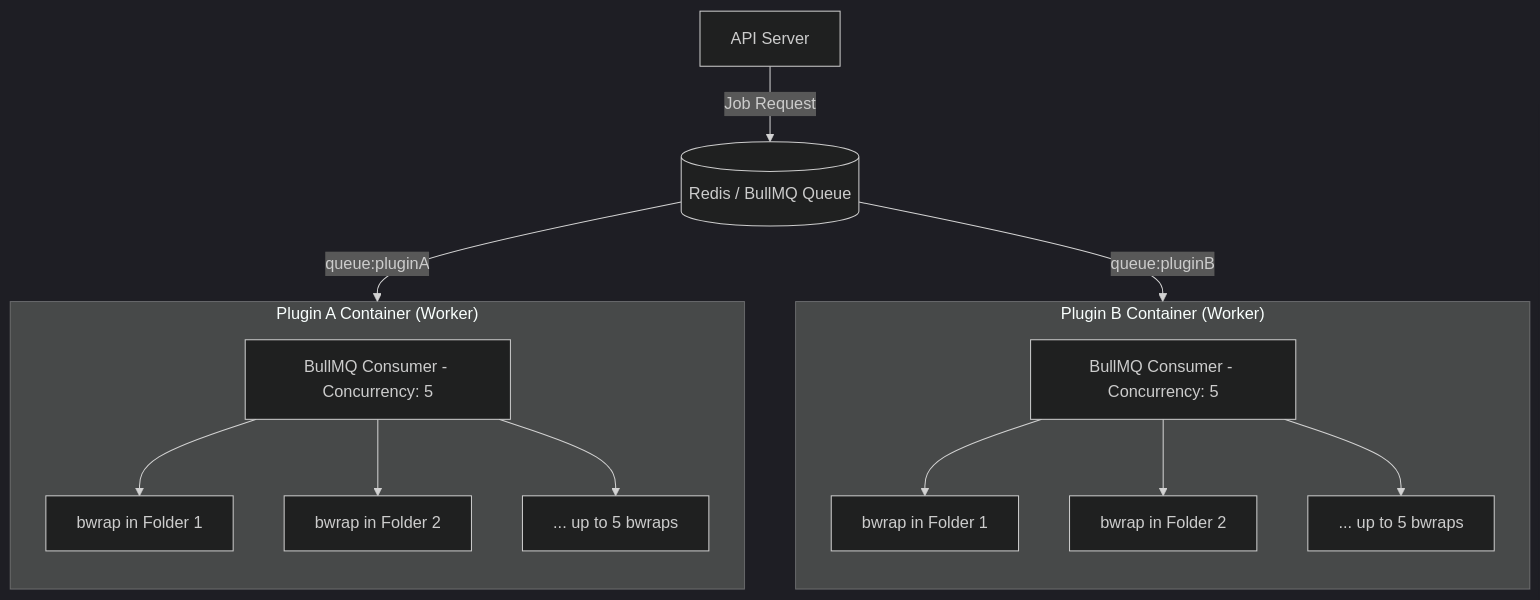
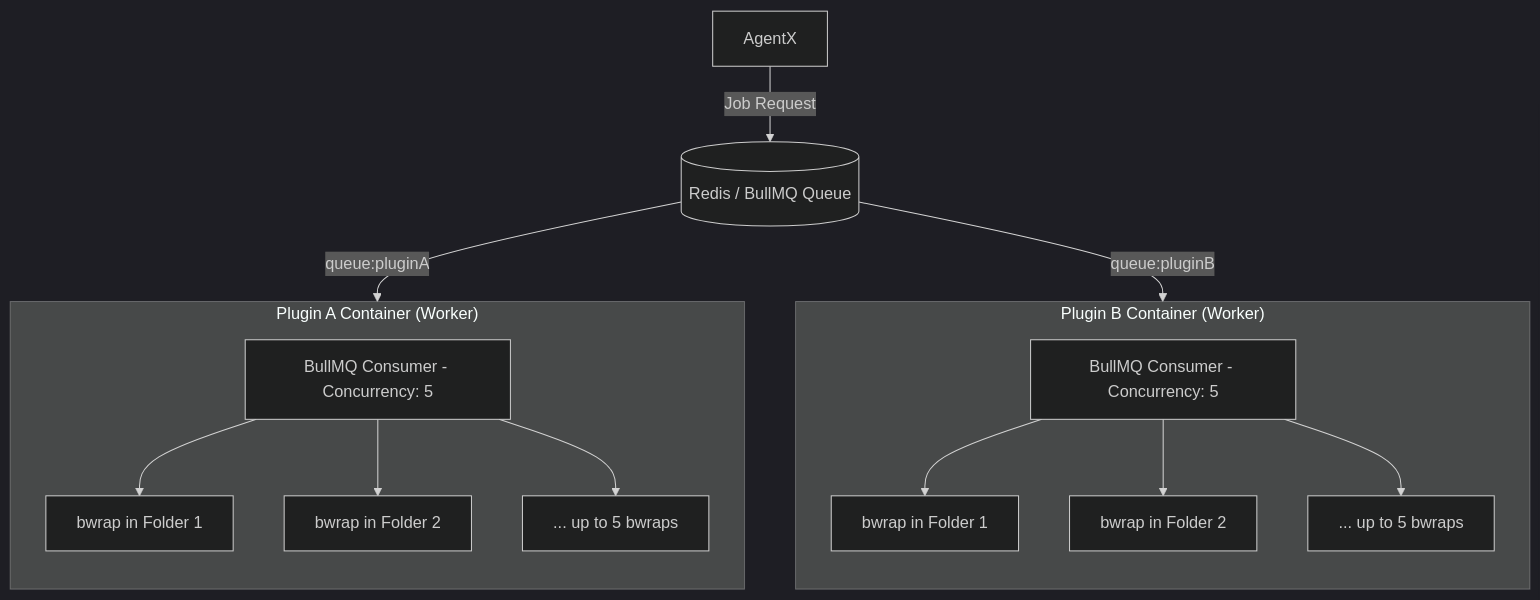
One commit to jekim1116/sandbox_upgrade changed the first of 3 diagrams in SANDBOX_ARCHITECTURE.md. Above: the diagram before and after it, drawn with Mermaid (dark theme). The commit also changed other lines of this file, not shown here.

````diff
--- a/SANDBOX_ARCHITECTURE.md
+++ b/SANDBOX_ARCHITECTURE.md
@@ -21,23 +20,23 @@
 ```mermaid
 graph TD
-    API[API Server] -->|Job Request| BullMQ[(Redis / BullMQ Queue)]
+    API[AgentX] -->|Job Request| BullMQ[(Redis / BullMQ Queue)]
     
     BullMQ -->|queue:pluginA| WorkerA
     BullMQ -->|queue:pluginB| WorkerB
     
     subgraph WorkerA ["Plugin A Container (Worker)"]
         direction TB
         A_Q[BullMQ Consumer - Concurrency: 5]
         A_Q --> A_Job1[bwrap in Folder 1]
         A_Q --> A_Job2[bwrap in Folder 2]
         A_Q --> A_JobN[... up to 5 bwraps]
     end
     
     subgraph WorkerB ["Plugin B Container (Worker)"]
         direction TB
         B_Q[BullMQ Consumer - Concurrency: 5]
         B_Q --> B_Job1[bwrap in Folder 1]
         B_Q --> B_Job2[bwrap in Folder 2]
         B_Q --> B_JobN[... up to 5 bwraps]
     end
 ```
````
